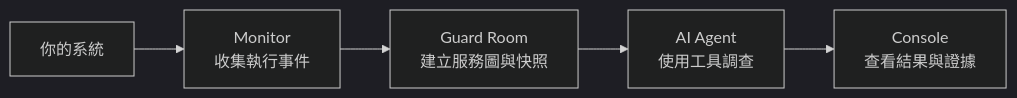
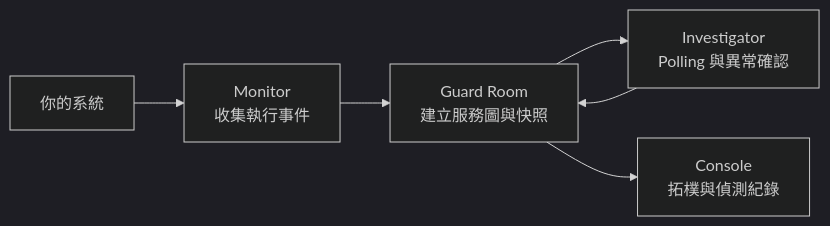
Before and after one commit to Aquila-f/nightwatch: the diagram in README.zh-TW.md, drawn with Mermaid (dark theme). The commit also changed other lines of this file and 59 other files, not shown here.

````diff
--- a/README.zh-TW.md
+++ b/README.zh-TW.md
@@ -38,7 +40,8 @@
 ```mermaid
 flowchart LR
     S["你的系統"] --> M["Monitor<br/>收集執行事件"]
     M --> G["Guard Room<br/>建立服務圖與快照"]
-    G --> A["AI Agent<br/>使用工具調查"]
-    A --> C["Console<br/>查看結果與證據"]
+    G --> I["Investigator<br/>Polling 與異常確認"]
+    I --> G
+    G --> C["Console<br/>拓樸與偵測紀錄"]
 ```
````
